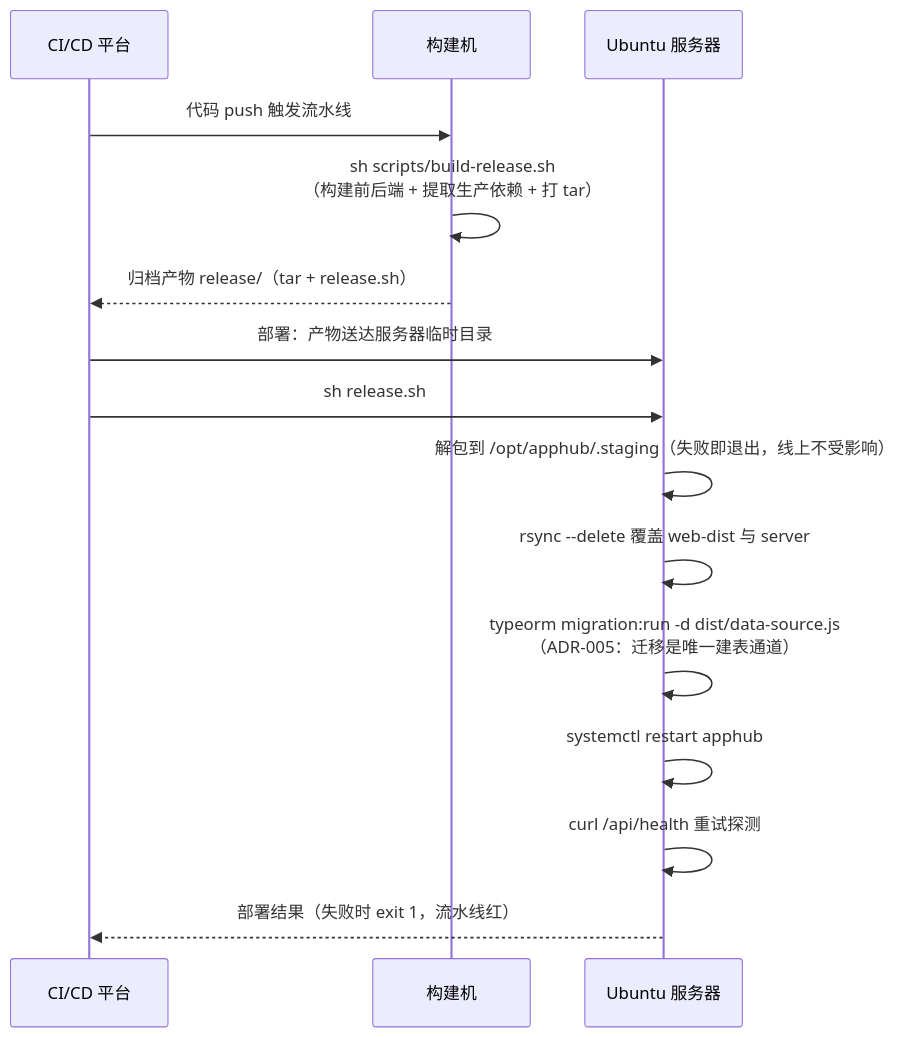
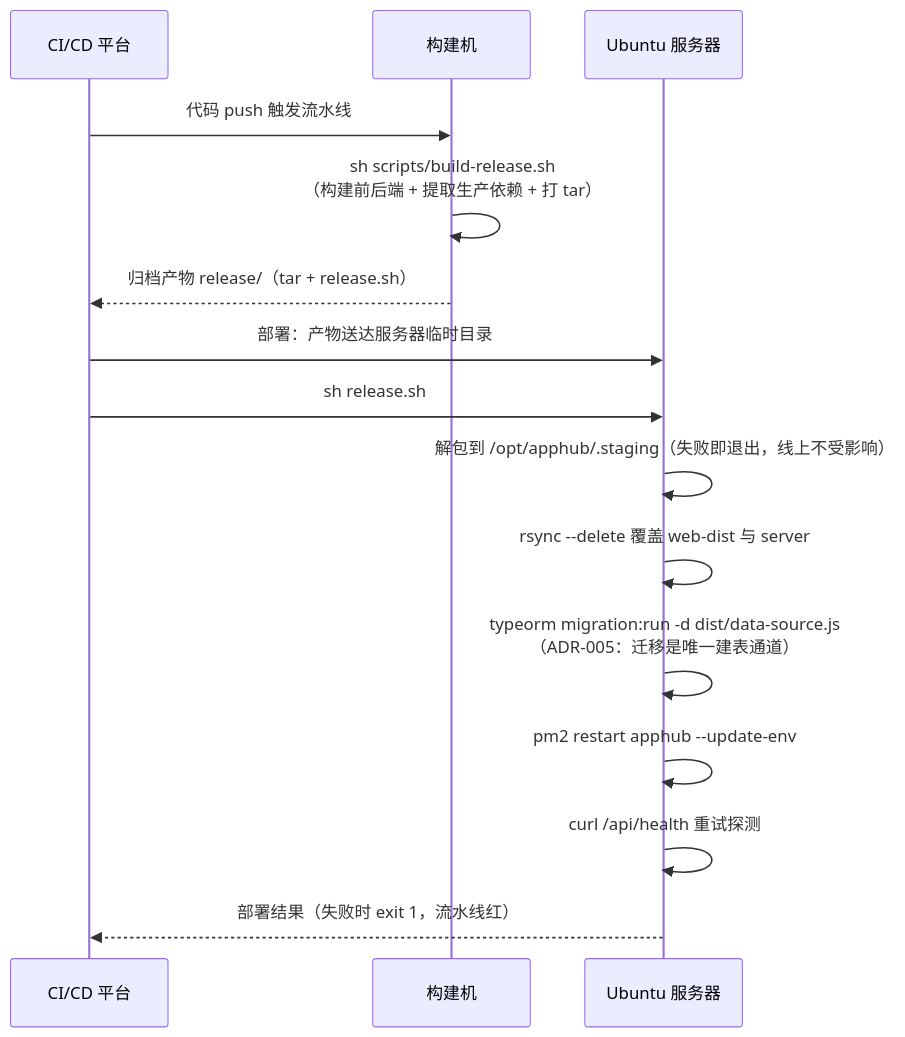
The second of 3 diagrams in docs/指南/发布包打包与部署指南.md (Harley-xk/apphub), drawn with Mermaid before and after one commit. The commit also changed other lines of this file and 5 other files, not shown here.

````diff
--- a/docs/指南/发布包打包与部署指南.md
+++ b/docs/指南/发布包打包与部署指南.md
@@ -68,18 +67,18 @@
 ```mermaid
 sequenceDiagram
     participant F as CI/CD 平台
     participant B as 构建机
     participant S as Ubuntu 服务器
 
     F->>B: 代码 push 触发流水线
     B->>B: sh scripts/build-release.sh<br/>（构建前后端 + 提取生产依赖 + 打 tar）
     B-->>F: 归档产物 release/（tar + release.sh）
     F->>S: 部署：产物送达服务器临时目录
     F->>S: sh release.sh
     S->>S: 解包到 /opt/apphub/.staging（失败即退出，线上不受影响）
     S->>S: rsync --delete 覆盖 web-dist 与 server
     S->>S: typeorm migration:run -d dist/data-source.js<br/>（ADR-005：迁移是唯一建表通道）
-    S->>S: systemctl restart apphub
+    S->>S: pm2 restart apphub --update-env
     S->>S: curl /api/health 重试探测
     S-->>F: 部署结果（失败时 exit 1，流水线红）
 ```
````
